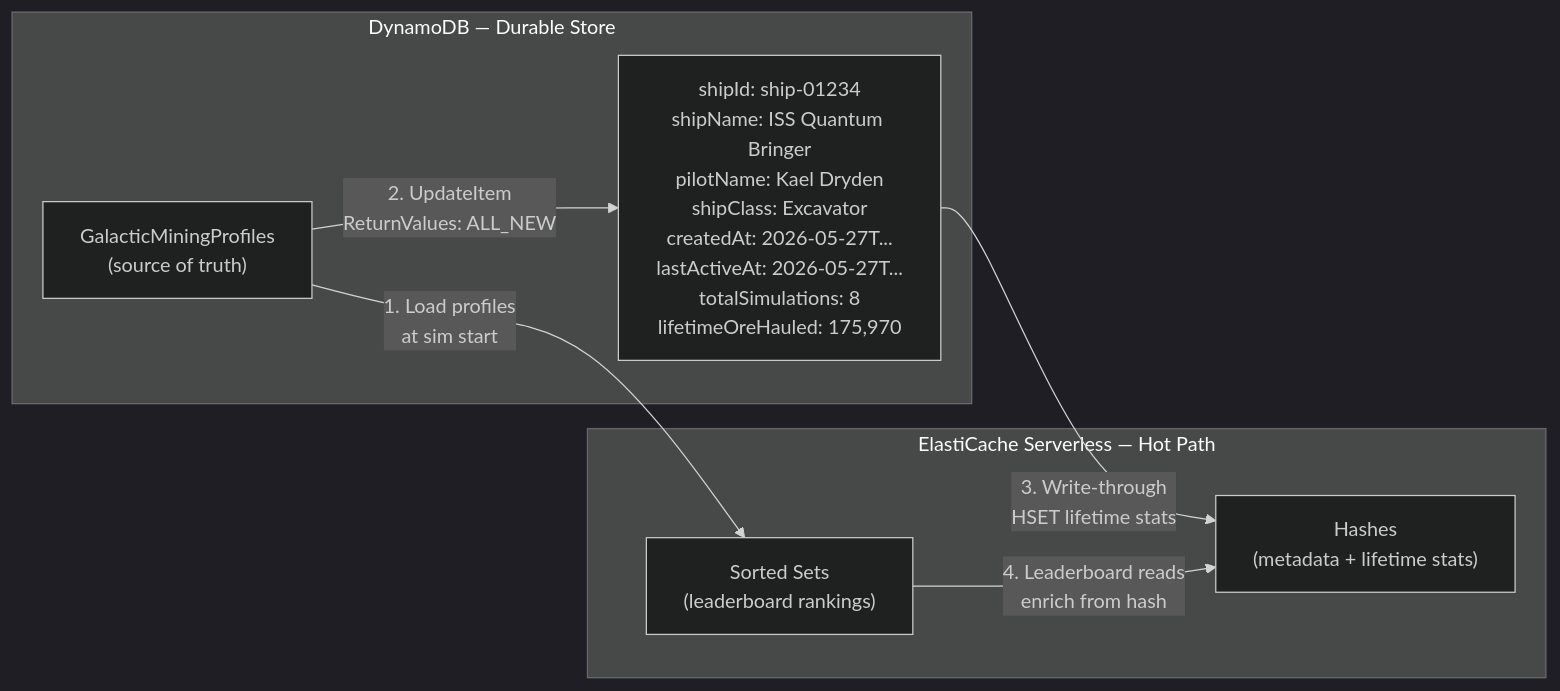
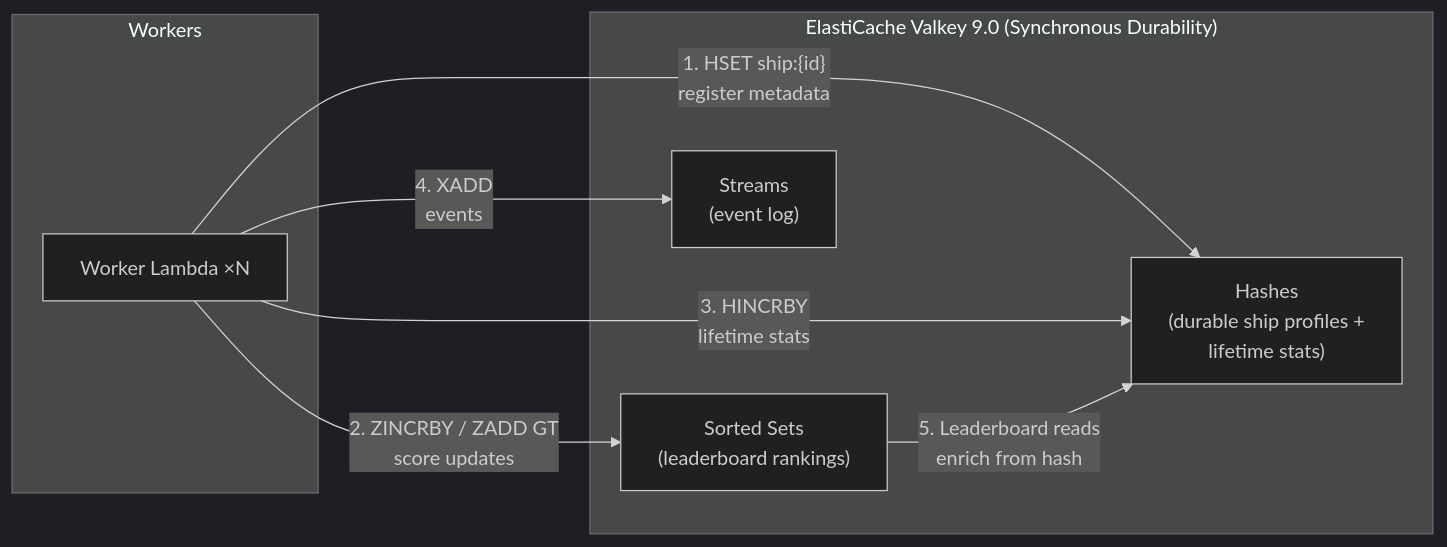
One commit to rickrams/galactic-mining-league changed the second of 5 diagrams in ARCHITECTURE.md. Above: the diagram before and after it, drawn with Mermaid (dark theme). The commit also changed other lines of this file and 4 other files, not shown here.

First line of the commit message:
Replace DynamoDB with ElastiCache durability as sole data store

````diff
--- a/ARCHITECTURE.md
+++ b/ARCHITECTURE.md
@@ -48,17 +43,18 @@
 ```mermaid
 graph LR
-    subgraph "DynamoDB — Durable Store"
-        DDB_TABLE["GalacticMiningProfiles<br/>(source of truth)"]
-        DDB_ITEM["shipId: ship-01234<br/>shipName: ISS Quantum Bringer<br/>pilotName: Kael Dryden<br/>shipClass: Excavator<br/>createdAt: 2026-05-27T...<br/>lastActiveAt: 2026-05-27T...<br/>totalSimulations: 8<br/>lifetimeOreHauled: 175,970"]
+    subgraph "ElastiCache Valkey 9.0 (Synchronous Durability)"
+        ZSETS["Sorted Sets<br/>(leaderboard rankings)"]
+        HASHES["Hashes<br/>(durable ship profiles +<br/>lifetime stats)"]
+        STREAMS["Streams<br/>(event log)"]
     end
 
-    subgraph "ElastiCache Serverless — Hot Path"
-        ZSETS["Sorted Sets<br/>(leaderboard rankings)"]
-        HASHES["Hashes<br/>(metadata + lifetime stats)"]
+    subgraph "Workers"
+        W["Worker Lambda ×N"]
     end
 
-    DDB_TABLE -->|"1. Load profiles<br/>at sim start"| ZSETS
-    DDB_TABLE -->|"2. UpdateItem<br/>ReturnValues: ALL_NEW"| DDB_ITEM
-    DDB_ITEM -->|"3. Write-through<br/>HSET lifetime stats"| HASHES
-    ZSETS -->|"4. Leaderboard reads<br/>enrich from hash"| HASHES
+    W -->|"1. HSET ship:{id}<br/>register metadata"| HASHES
+    W -->|"2. ZINCRBY / ZADD GT<br/>score updates"| ZSETS
+    W -->|"3. HINCRBY<br/>lifetime stats"| HASHES
+    W -->|"4. XADD<br/>events"| STREAMS
+    ZSETS -->|"5. Leaderboard reads<br/>enrich from hash"| HASHES
 ```
````
